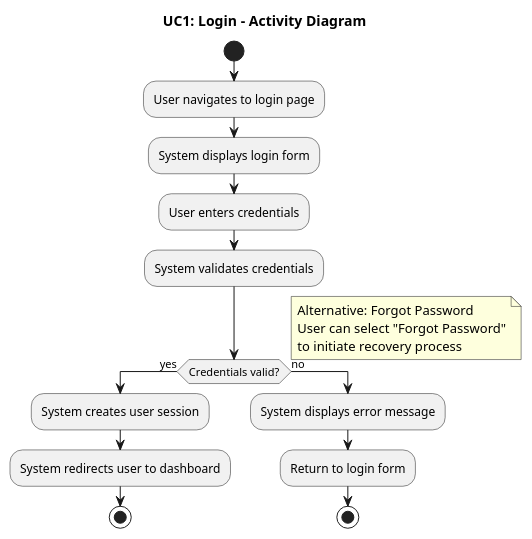
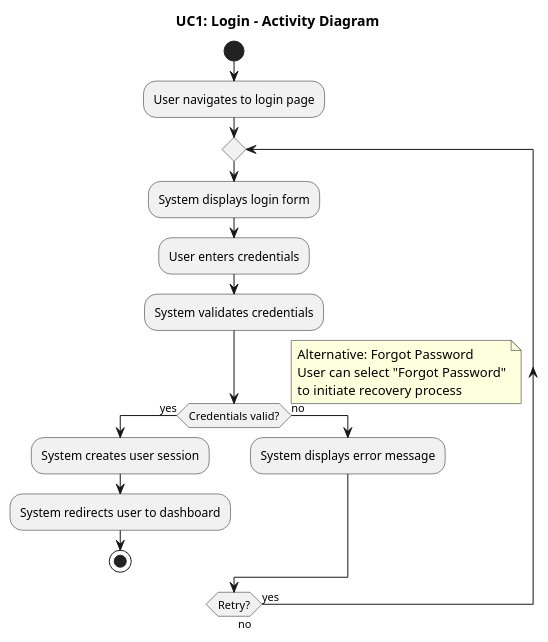
The diagram in requirements/activity_diagrams/UC1_Login.puml (ManosMorf97/Weather-Forecasts-AI-Remastered), drawn with PlantUML before and after one commit. The commit also changed 22 other files, not shown here.

Commit message:
activity diagrams pictures

```diff
--- a/requirements/activity_diagrams/UC1_Login.puml
+++ b/requirements/activity_diagrams/UC1_Login.puml
@@ -1,27 +1,26 @@
 @startuml UC1_Login_Activity_Diagram
 
 title UC1: Login - Activity Diagram
 
 start
 :User navigates to login page;
-:System displays login form;
-:User enters credentials;
-:System validates credentials;
-
-if (Credentials valid?) then (yes)
-  :System creates user session;
-  :System redirects user to dashboard;
-  stop
-else (no)
-  :System displays error message;
-  :Return to login form;
-  stop
-endif
+repeat
+  :System displays login form;
+  :User enters credentials;
+  :System validates credentials;
+  if (Credentials valid?) then (yes)
+    :System creates user session;
+    :System redirects user to dashboard;
+    stop
+  else (no)
+    :System displays error message;
+  endif
+repeat while (Retry?) is (yes) not (no)
 
 note right
   Alternative: Forgot Password
   User can select "Forgot Password"
   to initiate recovery process
 end note
 
 @enduml
```
